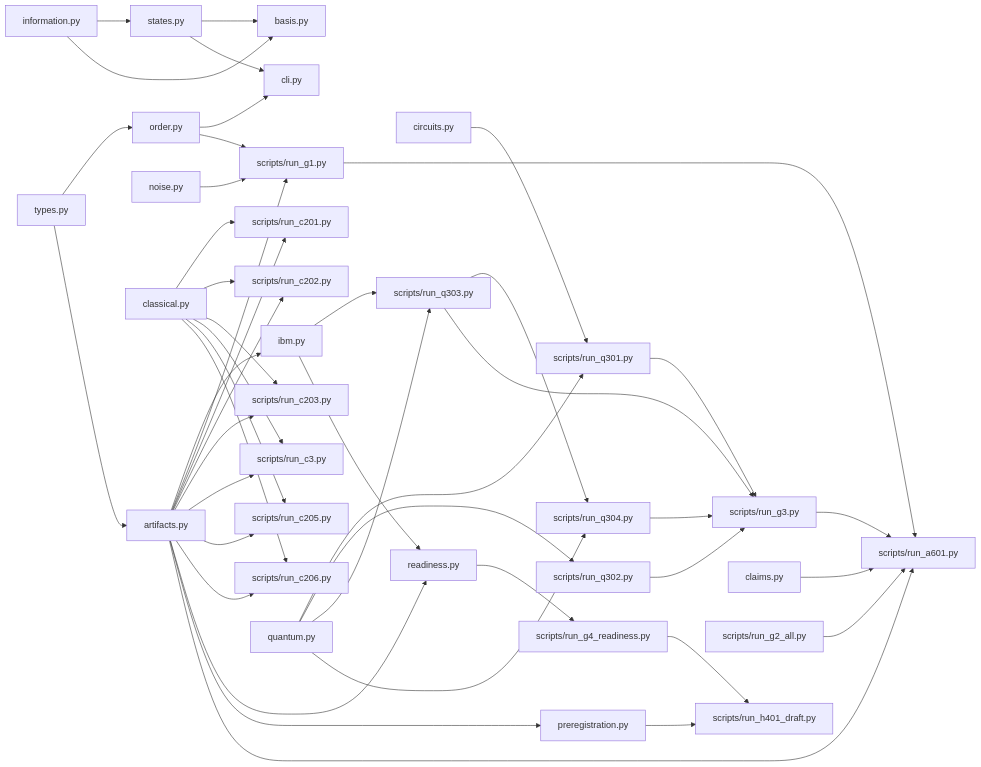
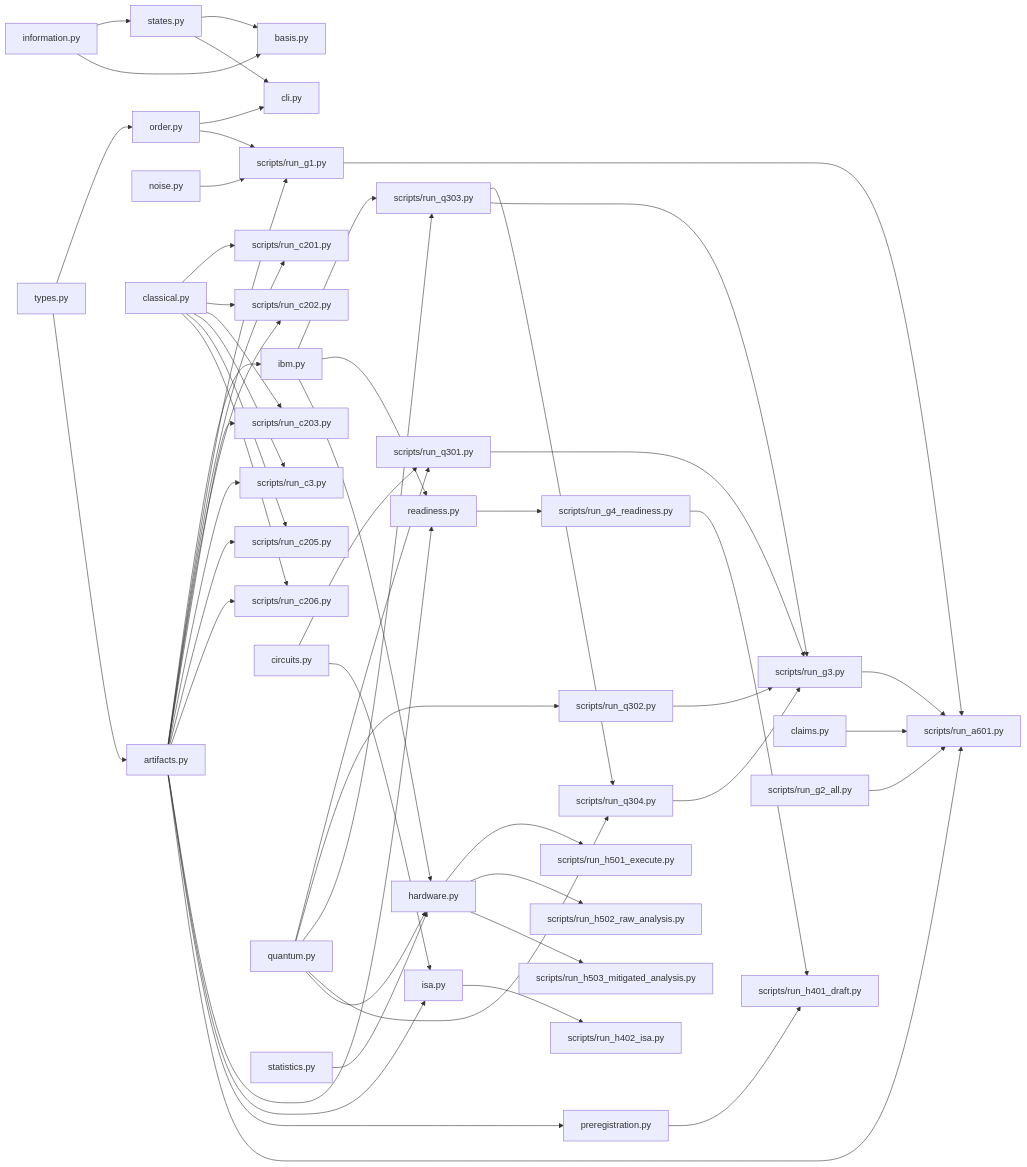
One commit to detasar/quantum-time-experiment changed the fourth of 5 diagrams in docs/ARCHITECTURE.md. Above: the diagram before and after it, drawn with Mermaid. The commit also changed other lines of this file and 52 other files, not shown here.

````diff
--- a/docs/ARCHITECTURE.md
+++ b/docs/ARCHITECTURE.md
@@ -130,48 +166,57 @@
 ```mermaid
 flowchart LR
     types["types.py"] --> order["order.py"]
     types --> artifacts["artifacts.py"]
     information["information.py"] --> states["states.py"]
     information --> basis["basis.py"]
     states --> basis
     order --> cli["cli.py"]
     states --> cli
     artifacts --> ibm["ibm.py"]
     noise["noise.py"] --> run_g1["scripts/run_g1.py"]
     order --> run_g1
     artifacts --> run_g1
     classical["classical.py"] --> run_c201["scripts/run_c201.py"]
     classical --> run_c202["scripts/run_c202.py"]
     classical --> run_c203["scripts/run_c203.py"]
     classical --> run_c3["scripts/run_c3.py"]
     classical --> run_c205["scripts/run_c205.py"]
     classical --> run_c206["scripts/run_c206.py"]
     artifacts --> run_c201
     artifacts --> run_c202
     artifacts --> run_c203
     artifacts --> run_c3
     artifacts --> run_c205
     artifacts --> run_c206
     circuits["circuits.py"] --> run_q301["scripts/run_q301.py"]
     quantum["quantum.py"] --> run_q301
     quantum --> run_q302["scripts/run_q302.py"]
     quantum --> run_q303["scripts/run_q303.py"]
     ibm["ibm.py"] --> run_q303
     run_q303 --> run_q304["scripts/run_q304.py"]
     quantum --> run_q304
     run_q301 --> run_g3["scripts/run_g3.py"]
     run_q302 --> run_g3
     run_q303 --> run_g3
     run_q304 --> run_g3
     ibm --> readiness["readiness.py"]
     artifacts --> readiness
     readiness --> run_g4_readiness["scripts/run_g4_readiness.py"]
+    isa["isa.py"] --> run_h402_isa["scripts/run_h402_isa.py"]
+    circuits --> isa
+    artifacts --> isa
     preregistration["preregistration.py"] --> run_h401_draft["scripts/run_h401_draft.py"]
     artifacts --> preregistration
     run_g4_readiness --> run_h401_draft
+    hardware["hardware.py"] --> run_h501_execute["scripts/run_h501_execute.py"]
+    hardware --> run_h502_raw["scripts/run_h502_raw_analysis.py"]
+    hardware --> run_h503_mitigated["scripts/run_h503_mitigated_analysis.py"]
+    ibm --> hardware
+    quantum --> hardware
+    statistics["statistics.py"] --> hardware
     claims["claims.py"] --> run_a601["scripts/run_a601.py"]
     artifacts --> run_a601
     run_g1 --> run_a601
     run_g2["scripts/run_g2_all.py"] --> run_a601
     run_g3 --> run_a601
 ```
````
